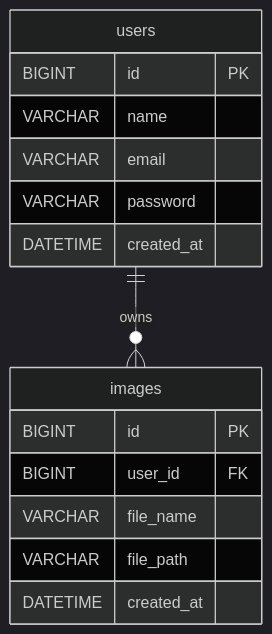
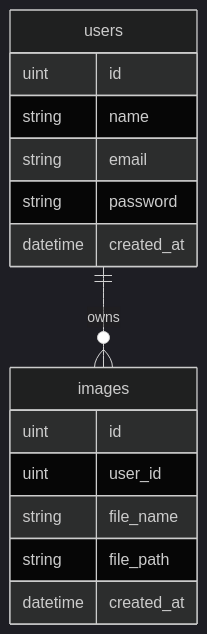
One commit to utl-flaxy/go-image-api changed the second of 3 diagrams in README.md. Above: the diagram before and after it, drawn with Mermaid (dark theme). The commit also changed other lines of this file and 5 other files, not shown here.

````diff
--- a/README.md
+++ b/README.md
@@ -109,25 +72,22 @@
 ```mermaid
 erDiagram
 
 users ||--o{ images : owns
 
-users {
-
-BIGINT id PK
-VARCHAR name
-VARCHAR email
-VARCHAR password
-DATETIME created_at
-
+users{
+uint id
+string name
+string email
+string password
+datetime created_at
 }
 
-images {
+images{
+uint id
+uint user_id
+string file_name
+string file_path
+datetime created_at
+}
 
-BIGINT id PK
-BIGINT user_id FK
-VARCHAR file_name
-VARCHAR file_path
-DATETIME created_at
-
-}
 ```
````
